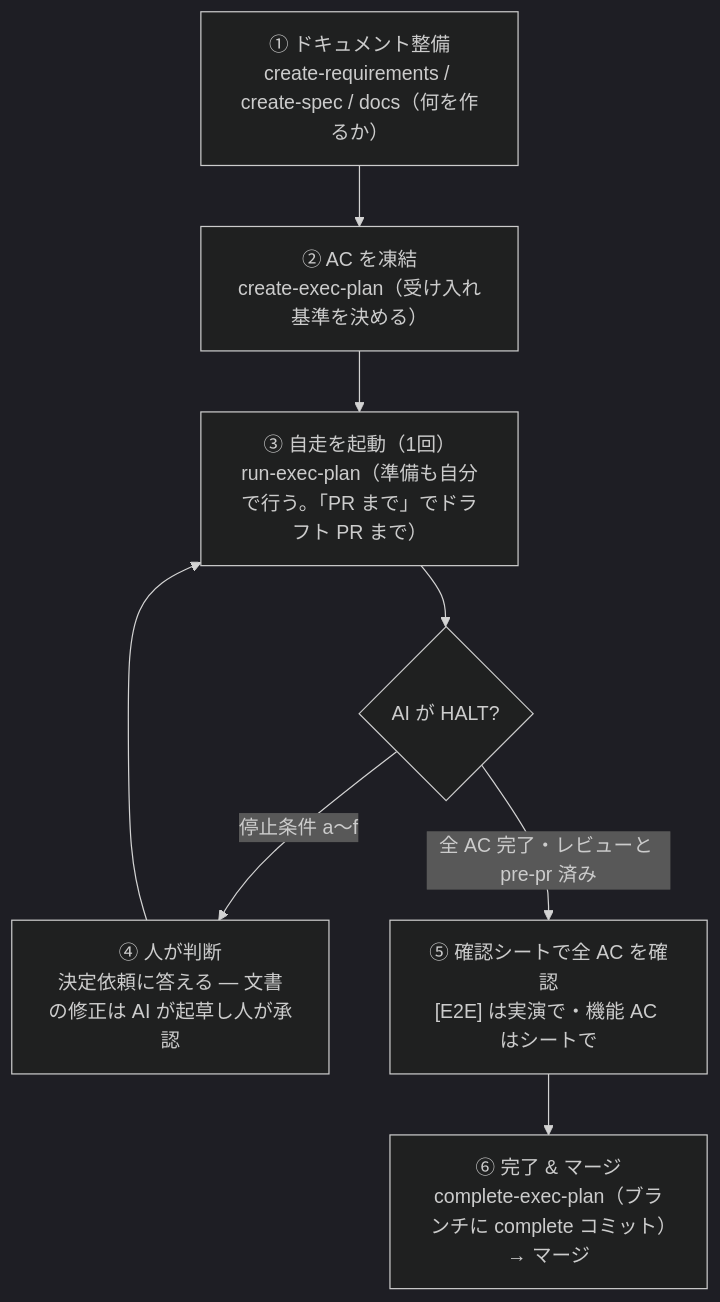
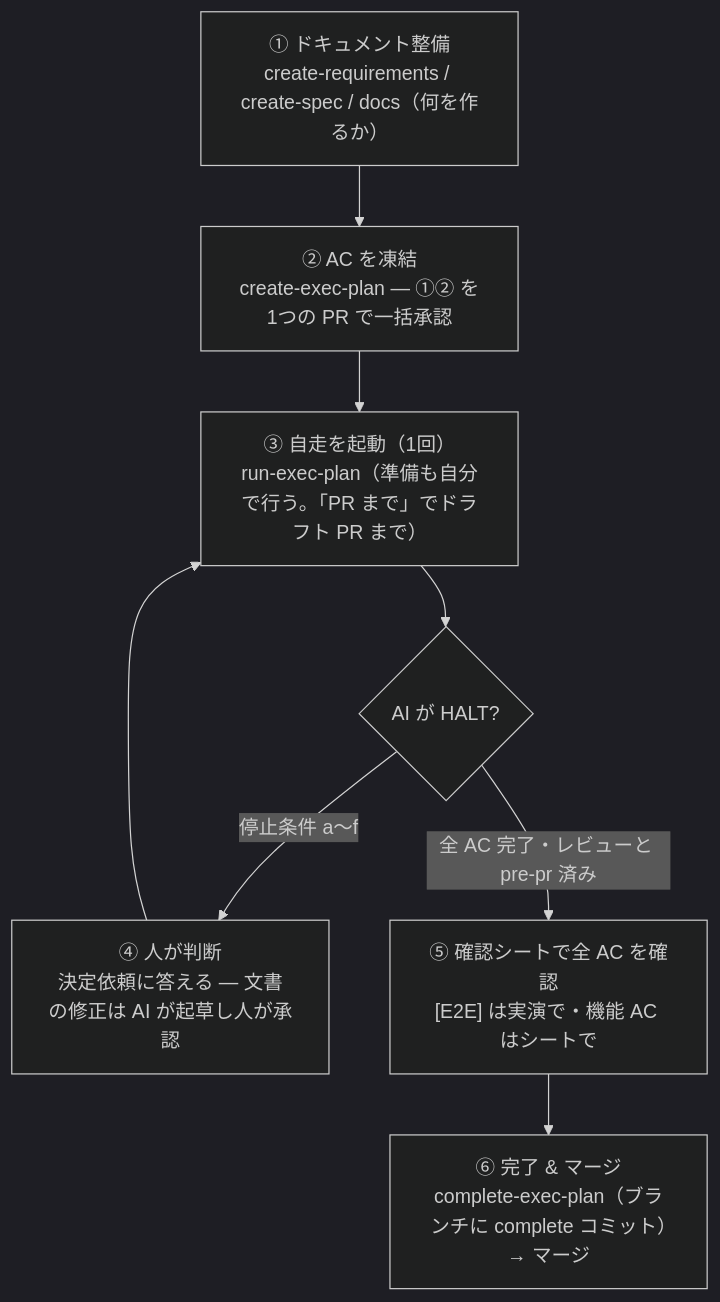
The diagram in ONBOARDING.ja.md (aki-senri/DocDDTemplate), drawn with Mermaid (dark theme) before and after one commit. The commit also changed other lines of this file and 13 other files, not shown here.

````diff
--- a/ONBOARDING.ja.md
+++ b/ONBOARDING.ja.md
@@ -334,11 +334,11 @@
 ```mermaid
 flowchart TD
     A["① ドキュメント整備<br/>create-requirements / create-spec / docs（何を作るか）"] --> B
-    B["② AC を凍結<br/>create-exec-plan（受け入れ基準を決める）"] --> C
+    B["② AC を凍結<br/>create-exec-plan — ①② を1つの PR で一括承認"] --> C
     C["③ 自走を起動（1回）<br/>run-exec-plan（準備も自分で行う。「PR まで」でドラフト PR まで）"]
     C --> D{AI が HALT?}
     D -->|停止条件 a〜f| E["④ 人が判断<br/>決定依頼に答える — 文書の修正は AI が起草し人が承認"]
     E --> C
     D -->|全 AC 完了・レビューと pre-pr 済み| F["⑤ 確認シートで全 AC を確認<br/>[E2E] は実演で・機能 AC はシートで"]
     F --> G["⑥ 完了 & マージ<br/>complete-exec-plan（ブランチに complete コミット）→ マージ"]
 ```
````
